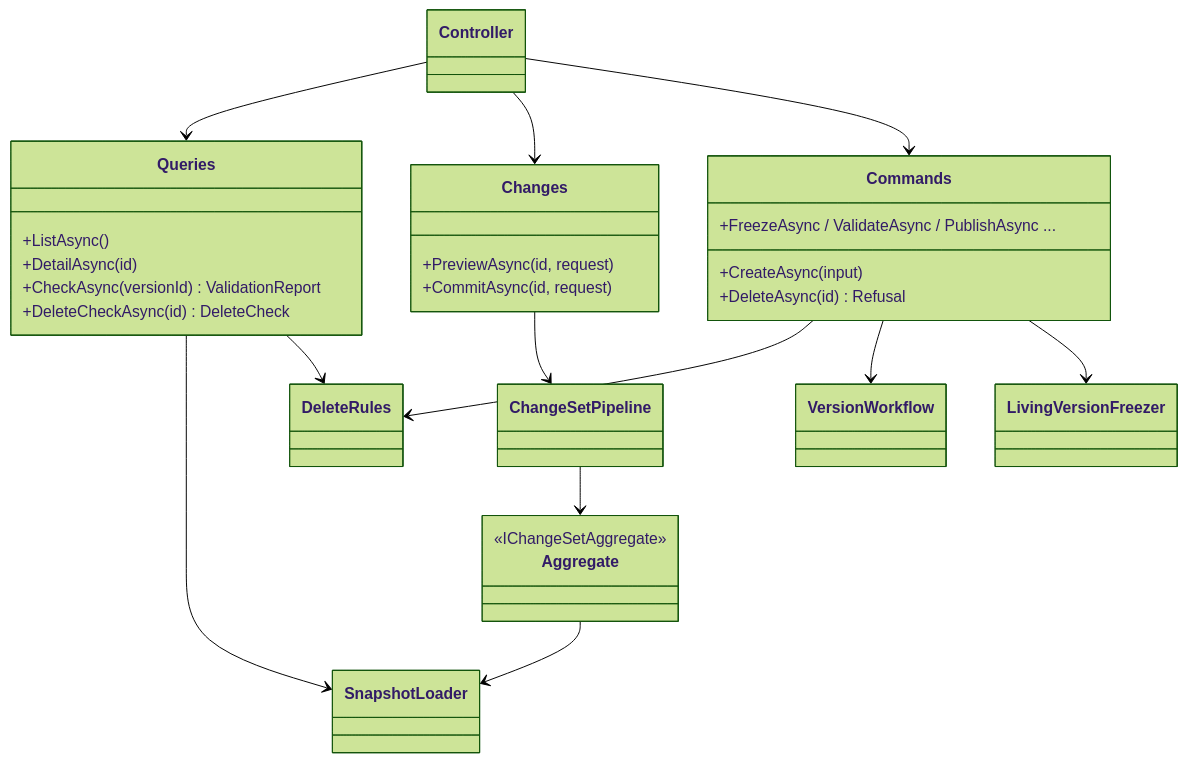
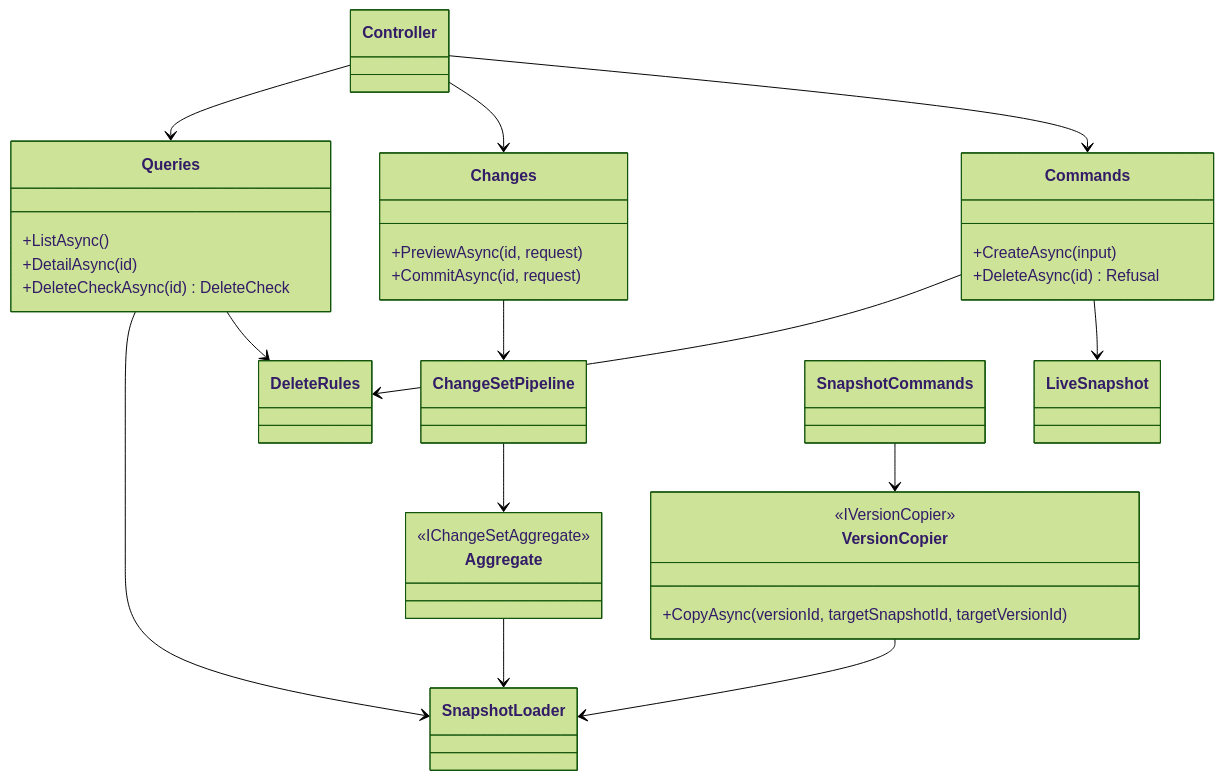
One commit to chrisaliotta/Quantalytix.QueryEngine.Admin changed the diagram in api/docs/architecture/05-feature-classes.md. Above: the diagram before and after it, drawn with Mermaid (forest theme). The commit also changed other lines of this file and 504 other files, not shown here.

First line of the commit message:
refactor(api/docs): update architecture documentation to reflect snapshot lifecycle changes

````diff
--- a/api/docs/architecture/05-feature-classes.md
+++ b/api/docs/architecture/05-feature-classes.md
@@ -13,35 +13,38 @@
 ```mermaid
 classDiagram
     class Controller
     class Queries {
         +ListAsync()
         +DetailAsync(id)
-        +CheckAsync(versionId) ValidationReport
         +DeleteCheckAsync(id) DeleteCheck
     }
     class Changes {
         +PreviewAsync(id, request)
         +CommitAsync(id, request)
     }
     class Commands {
         +CreateAsync(input)
         +DeleteAsync(id) Refusal
-        +FreezeAsync / ValidateAsync / PublishAsync ...
+    }
+    class VersionCopier {
+        <<IVersionCopier>>
+        +CopyAsync(versionId, targetSnapshotId, targetVersionId)
     }
     class Aggregate {
         <<IChangeSetAggregate>>
     }
     class SnapshotLoader
     class DeleteRules
     Controller --> Queries
     Controller --> Changes
     Controller --> Commands
     Changes --> ChangeSetPipeline
     ChangeSetPipeline --> Aggregate
     Aggregate --> SnapshotLoader
     Queries --> SnapshotLoader
     Queries --> DeleteRules
     Commands --> DeleteRules
-    Commands --> VersionWorkflow
-    Commands --> LivingVersionFreezer
+    Commands --> LiveSnapshot
+    SnapshotCommands --> VersionCopier
+    VersionCopier --> SnapshotLoader
 ```
````
